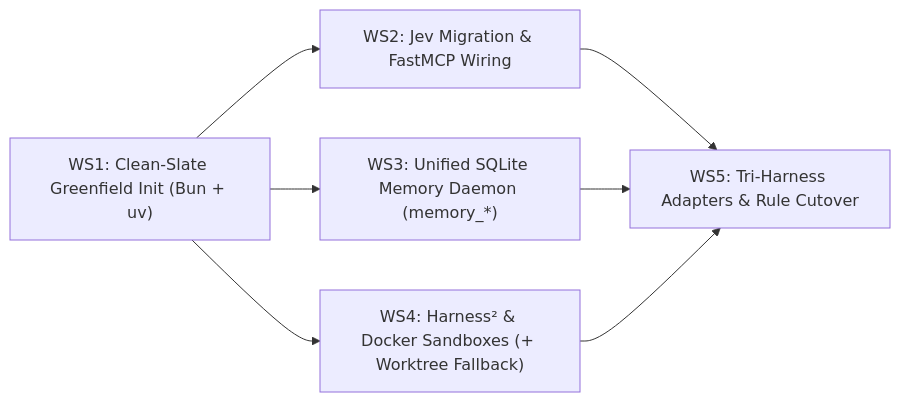
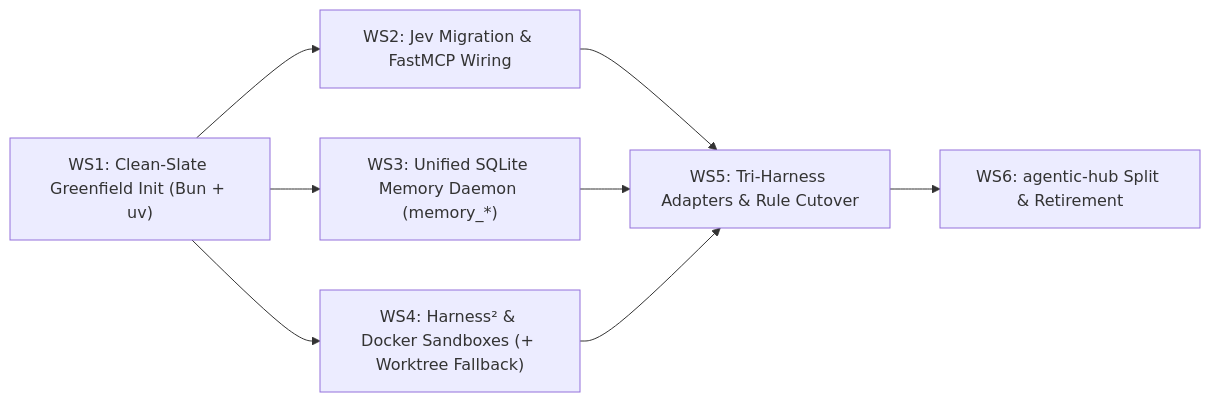
Before and after one commit to rockad/cognitive-engine: the second of 3 diagrams in docs/rfc/001-harness2-jev-unified-cognitive-substrate.md, drawn with Mermaid. The commit also changed other lines of this file, not shown here.

Commit message:
docs(rfc): add agentic-hub split and retirement protocol and WS6

````diff
--- a/docs/rfc/001-harness2-jev-unified-cognitive-substrate.md
+++ b/docs/rfc/001-harness2-jev-unified-cognitive-substrate.md
@@ -181,7 +181,8 @@
 ```mermaid
 flowchart LR
     WS1["WS1: Clean-Slate Greenfield Init (Bun + uv)"] --> WS2["WS2: Jev Migration & FastMCP Wiring"]
     WS1 --> WS3["WS3: Unified SQLite Memory Daemon (memory_*)"]
     WS1 --> WS4["WS4: Harness² & Docker Sandboxes (+ Worktree Fallback)"]
     WS2 & WS3 & WS4 --> WS5["WS5: Tri-Harness Adapters & Rule Cutover"]
+    WS5 --> WS6["WS6: agentic-hub Split & Retirement"]
 ```
````
